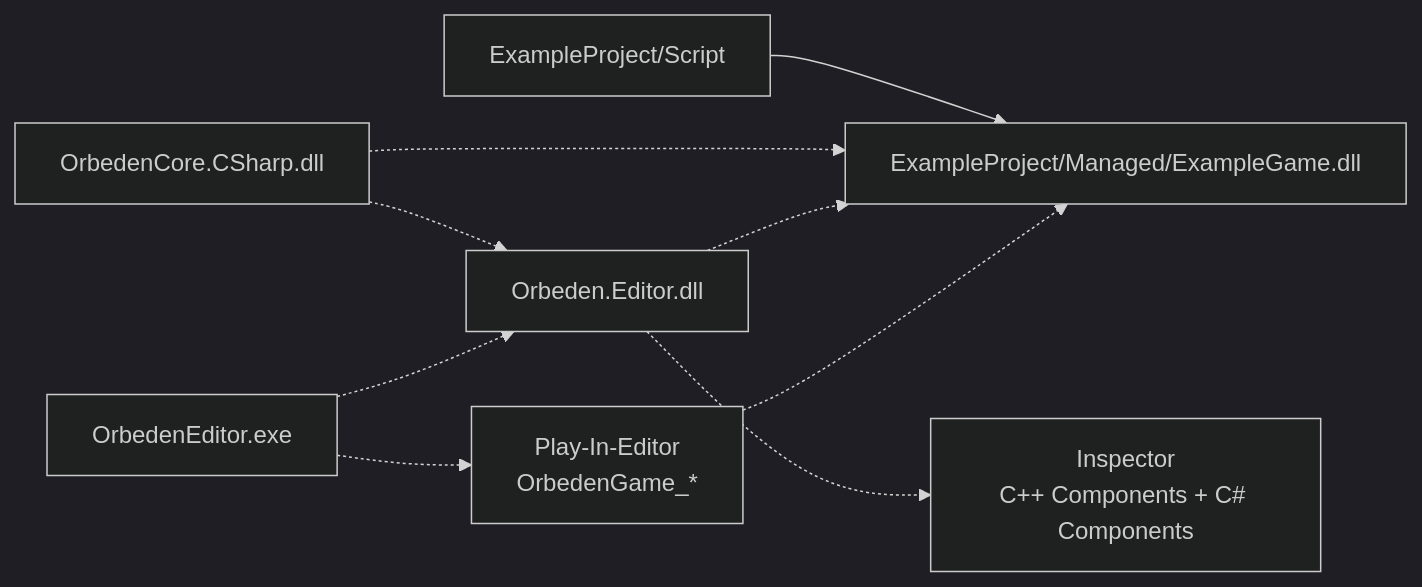
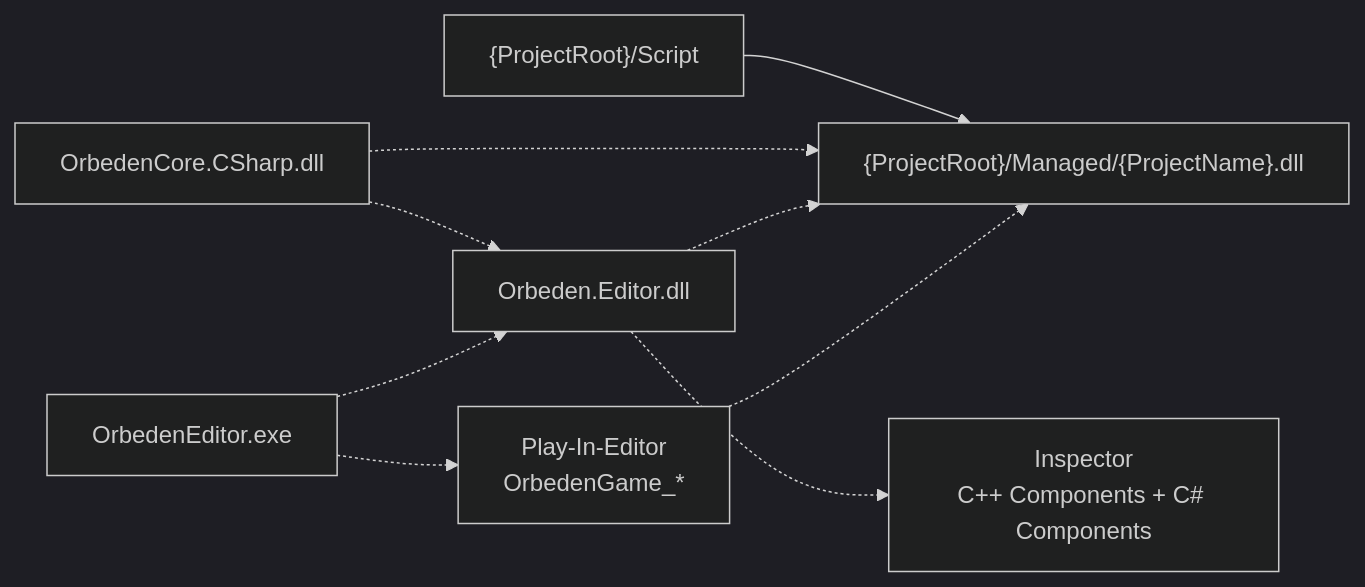
The third of 3 diagrams in Docs/BuildAndPackaging.md (REW-Z/orbeden), drawn with Mermaid (dark theme) before and after one commit. The commit also changed other lines of this file and 59 other files, not shown here.

````diff
--- a/Docs/BuildAndPackaging.md
+++ b/Docs/BuildAndPackaging.md
@@ -333,11 +333,11 @@
 ```mermaid
 flowchart LR
-    GameCs["ExampleProject/Script"] --> GameDll["ExampleProject/Managed/ExampleGame.dll"]
+    GameCs["{ProjectRoot}/Script"] --> GameDll["{ProjectRoot}/Managed/{ProjectName}.dll"]
     CoreSdk["OrbedenCore.CSharp.dll"] -.-> GameDll
     CoreSdk -.-> EditorDll["Orbeden.Editor.dll"]
     EditorExe["OrbedenEditor.exe"] -.-> EditorDll
     EditorDll -.-> Inspector["Inspector\nC++ Components + C# Components"]
     EditorDll -.-> GameDll
     EditorExe -.-> PIE["Play-In-Editor\nOrbedenGame_*"]
     PIE -.-> GameDll
 ```
````
